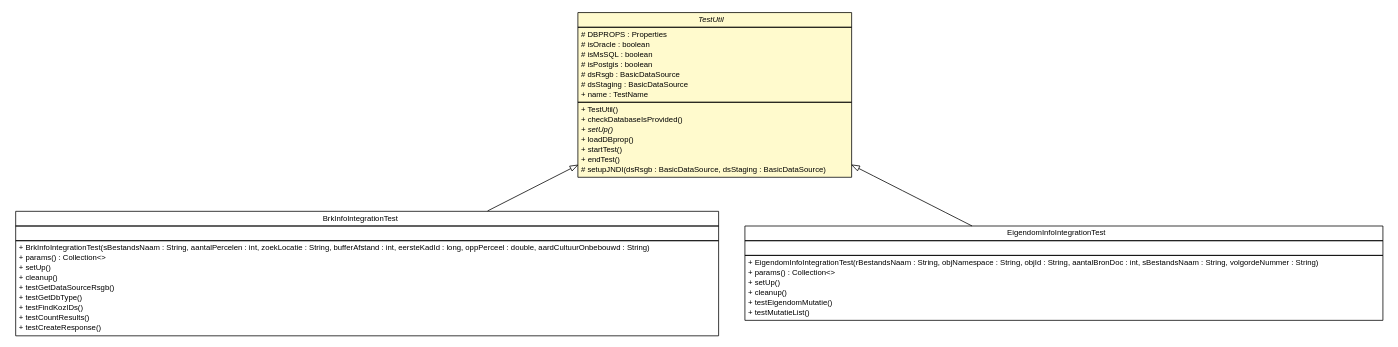
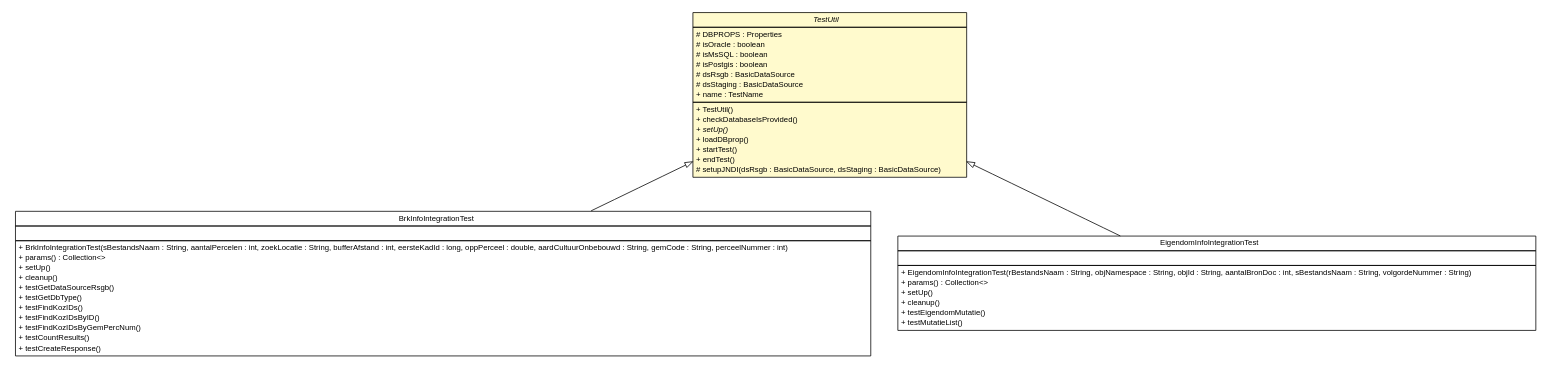
The diagram in brmo-soap/testapidocs/nl/b3p/brmo/soap/db/TestUtil.dot (B3Partners/brmo), drawn with Graphviz before and after one commit. The commit also changed 234 other files, not shown here.

```diff
--- a/brmo-soap/testapidocs/nl/b3p/brmo/soap/db/TestUtil.dot
+++ b/brmo-soap/testapidocs/nl/b3p/brmo/soap/db/TestUtil.dot
@@ -1,77 +1,79 @@
 #!/usr/local/bin/dot
 #
 # Class diagram 
 # Generated by UMLGraph version R5_6-24-gf6e263 (http://www.umlgraph.org/)
 #
 
 digraph G {
 	edge [fontname="Helvetica",fontsize=10,labelfontname="Helvetica",labelfontsize=10];
 	node [fontname="Helvetica",fontsize=10,shape=plaintext];
 	nodesep=0.25;
 	ranksep=0.5;
 	// nl.b3p.brmo.soap.db.BrkInfoIntegrationTest
 	c18 [label=<<table title="nl.b3p.brmo.soap.db.BrkInfoIntegrationTest" border="0" cellborder="1" cellspacing="0" cellpadding="2" port="p" href="./BrkInfoIntegrationTest.html">
 		<tr><td><table border="0" cellspacing="0" cellpadding="1">
 <tr><td align="center" balign="center"> BrkInfoIntegrationTest </td></tr>
 		</table></td></tr>
 		<tr><td><table border="0" cellspacing="0" cellpadding="1">
 <tr><td align="left" balign="left">  </td></tr>
 		</table></td></tr>
 		<tr><td><table border="0" cellspacing="0" cellpadding="1">
-<tr><td align="left" balign="left"> + BrkInfoIntegrationTest(sBestandsNaam : String, aantalPercelen : int, zoekLocatie : String, bufferAfstand : int, eersteKadId : long, oppPerceel : double, aardCultuurOnbebouwd : String) </td></tr>
+<tr><td align="left" balign="left"> + BrkInfoIntegrationTest(sBestandsNaam : String, aantalPercelen : int, zoekLocatie : String, bufferAfstand : int, eersteKadId : long, oppPerceel : double, aardCultuurOnbebouwd : String, gemCode : String, perceelNummer : int) </td></tr>
 <tr><td align="left" balign="left"> + params() : Collection&lt;&gt; </td></tr>
 <tr><td align="left" balign="left"> + setUp() </td></tr>
 <tr><td align="left" balign="left"> + cleanup() </td></tr>
 <tr><td align="left" balign="left"> + testGetDataSourceRsgb() </td></tr>
 <tr><td align="left" balign="left"> + testGetDbType() </td></tr>
 <tr><td align="left" balign="left"> + testFindKozIDs() </td></tr>
+<tr><td align="left" balign="left"> + testFindKozIDsByID() </td></tr>
+<tr><td align="left" balign="left"> + testFindKozIDsByGemPercNum() </td></tr>
 <tr><td align="left" balign="left"> + testCountResults() </td></tr>
 <tr><td align="left" balign="left"> + testCreateResponse() </td></tr>
 		</table></td></tr>
 		</table>>, URL="./BrkInfoIntegrationTest.html", fontname="Helvetica", fontcolor="black", fontsize=10.0];
 	// nl.b3p.brmo.soap.db.EigendomInfoIntegrationTest
 	c19 [label=<<table title="nl.b3p.brmo.soap.db.EigendomInfoIntegrationTest" border="0" cellborder="1" cellspacing="0" cellpadding="2" port="p" href="./EigendomInfoIntegrationTest.html">
 		<tr><td><table border="0" cellspacing="0" cellpadding="1">
 <tr><td align="center" balign="center"> EigendomInfoIntegrationTest </td></tr>
 		</table></td></tr>
 		<tr><td><table border="0" cellspacing="0" cellpadding="1">
 <tr><td align="left" balign="left">  </td></tr>
 		</table></td></tr>
 		<tr><td><table border="0" cellspacing="0" cellpadding="1">
 <tr><td align="left" balign="left"> + EigendomInfoIntegrationTest(rBestandsNaam : String, objNamespace : String, objId : String, aantalBronDoc : int, sBestandsNaam : String, volgordeNummer : String) </td></tr>
 <tr><td align="left" balign="left"> + params() : Collection&lt;&gt; </td></tr>
 <tr><td align="left" balign="left"> + setUp() </td></tr>
 <tr><td align="left" balign="left"> + cleanup() </td></tr>
 <tr><td align="left" balign="left"> + testEigendomMutatie() </td></tr>
 <tr><td align="left" balign="left"> + testMutatieList() </td></tr>
 		</table></td></tr>
 		</table>>, URL="./EigendomInfoIntegrationTest.html", fontname="Helvetica", fontcolor="black", fontsize=10.0];
 	// nl.b3p.brmo.soap.db.TestUtil
 	c20 [label=<<table title="nl.b3p.brmo.soap.db.TestUtil" border="0" cellborder="1" cellspacing="0" cellpadding="2" port="p" bgcolor="lemonChiffon" href="./TestUtil.html">
 		<tr><td><table border="0" cellspacing="0" cellpadding="1">
 <tr><td align="center" balign="center"><font face="Helvetica-Oblique"> TestUtil </font></td></tr>
 		</table></td></tr>
 		<tr><td><table border="0" cellspacing="0" cellpadding="1">
 <tr><td align="left" balign="left"> # DBPROPS : Properties </td></tr>
 <tr><td align="left" balign="left"> # isOracle : boolean </td></tr>
 <tr><td align="left" balign="left"> # isMsSQL : boolean </td></tr>
 <tr><td align="left" balign="left"> # isPostgis : boolean </td></tr>
 <tr><td align="left" balign="left"> # dsRsgb : BasicDataSource </td></tr>
 <tr><td align="left" balign="left"> # dsStaging : BasicDataSource </td></tr>
 <tr><td align="left" balign="left"> + name : TestName </td></tr>
 		</table></td></tr>
 		<tr><td><table border="0" cellspacing="0" cellpadding="1">
 <tr><td align="left" balign="left"> + TestUtil() </td></tr>
 <tr><td align="left" balign="left"> + checkDatabaseIsProvided() </td></tr>
 <tr><td align="left" balign="left"><font face="Helvetica-Oblique" point-size="10.0"> + setUp() </font></td></tr>
 <tr><td align="left" balign="left"> + loadDBprop() </td></tr>
 <tr><td align="left" balign="left"> + startTest() </td></tr>
 <tr><td align="left" balign="left"> + endTest() </td></tr>
 <tr><td align="left" balign="left"> # setupJNDI(dsRsgb : BasicDataSource, dsStaging : BasicDataSource) </td></tr>
 		</table></td></tr>
 		</table>>, URL="./TestUtil.html", fontname="Helvetica", fontcolor="black", fontsize=10.0];
 	//nl.b3p.brmo.soap.db.BrkInfoIntegrationTest extends nl.b3p.brmo.soap.db.TestUtil
 	c20:p -> c18:p [dir=back,arrowtail=empty];
 	//nl.b3p.brmo.soap.db.EigendomInfoIntegrationTest extends nl.b3p.brmo.soap.db.TestUtil
 	c20:p -> c19:p [dir=back,arrowtail=empty];
 }
```
